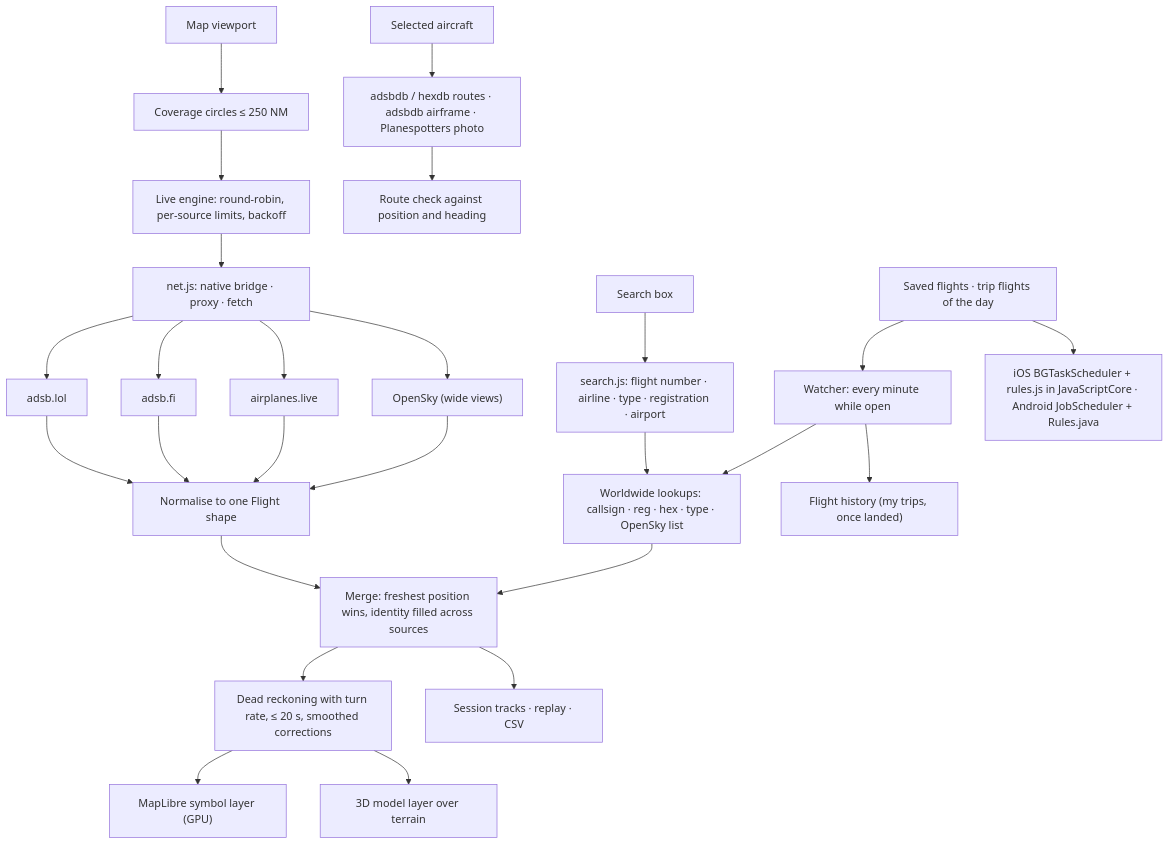
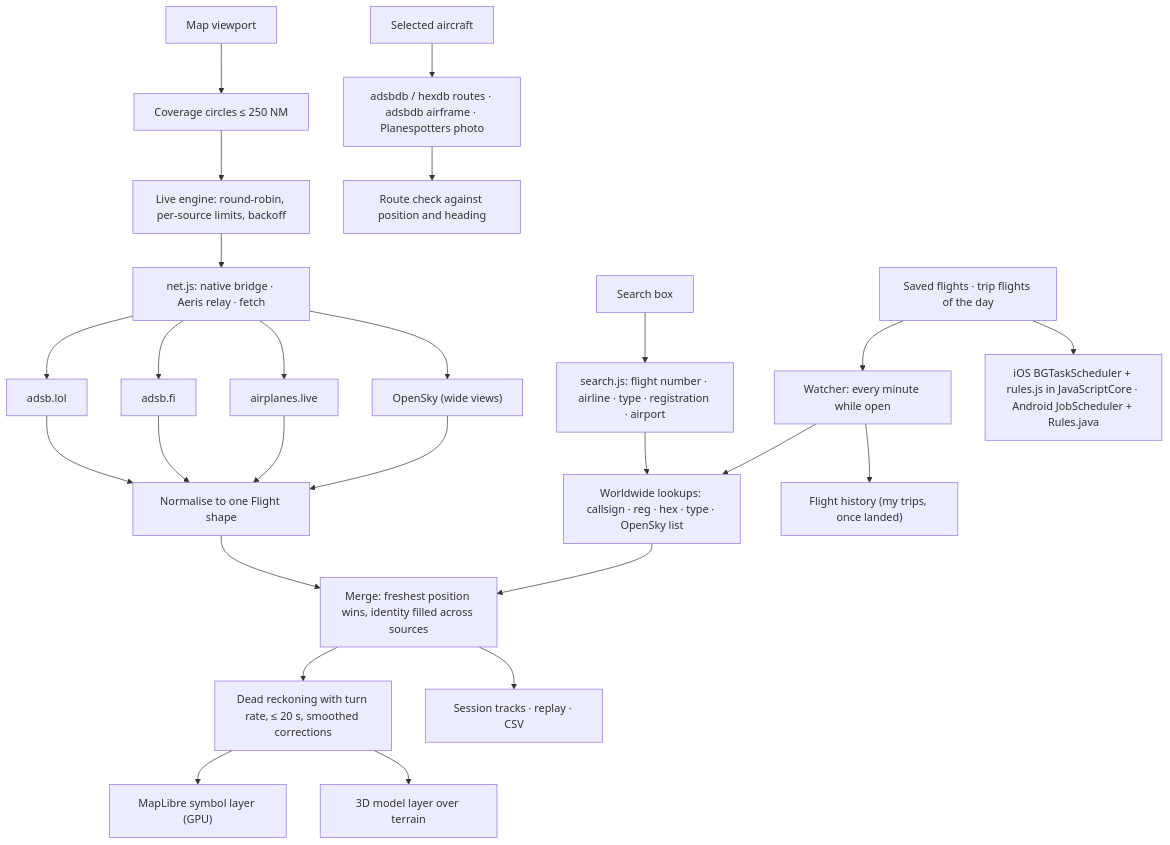
One commit to shira421/aeris changed the diagram in ARCHITECTURE.md. Above: the diagram before and after it, drawn with Mermaid. The commit also changed other lines of this file and 15 other files, not shown here.

````diff
--- a/ARCHITECTURE.md
+++ b/ARCHITECTURE.md
@@ -3,22 +3,22 @@
 ```mermaid
 flowchart TD
   View["Map viewport"] --> Plan["Coverage circles ≤ 250 NM"]
   Plan --> Engine["Live engine: round-robin, per-source limits, backoff"]
-  Engine --> Net["net.js: native bridge · proxy · fetch"]
+  Engine --> Net["net.js: native bridge · Aeris relay · fetch"]
   Net --> P1["adsb.lol"] & P2["adsb.fi"] & P3["airplanes.live"] & P4["OpenSky (wide views)"]
   P1 & P2 & P3 & P4 --> Norm["Normalise to one Flight shape"]
   Norm --> Merge["Merge: freshest position wins, identity filled across sources"]
   Merge --> Predict["Dead reckoning with turn rate, ≤ 20 s, smoothed corrections"]
   Predict --> Map["MapLibre symbol layer (GPU)"]
   Predict --> Model["3D model layer over terrain"]
   Merge --> Tracks["Session tracks · replay · CSV"]
   Select["Selected aircraft"] --> Enrich["adsbdb / hexdb routes · adsbdb airframe · Planespotters photo"]
   Enrich --> Check["Route check against position and heading"]
   Search["Search box"] --> Parse["search.js: flight number · airline · type · registration · airport"]
   Parse --> Lookup["Worldwide lookups: callsign · reg · hex · type · OpenSky list"]
   Lookup --> Merge
   Saved["Saved flights · trip flights of the day"] --> Watch["Watcher: every minute while open"]
   Watch --> History["Flight history (my trips, once landed)"]
   Watch --> Lookup
   Saved --> Native["iOS BGTaskScheduler + rules.js in JavaScriptCore · Android JobScheduler + Rules.java"]
 ```
````
